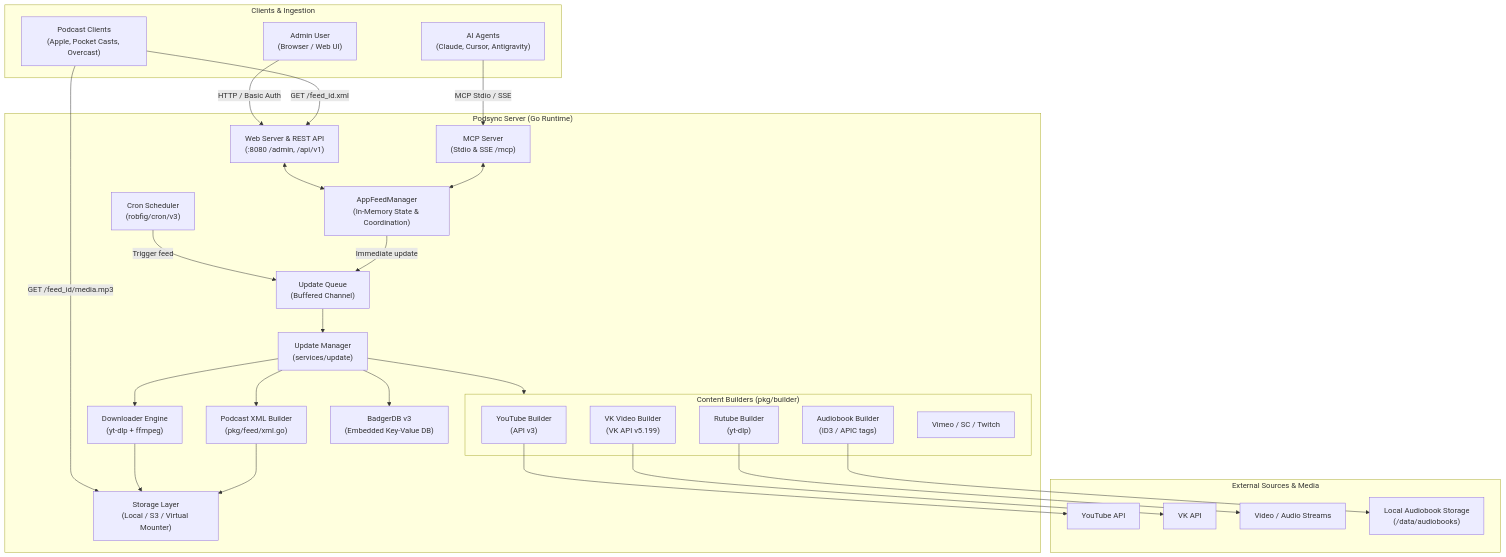
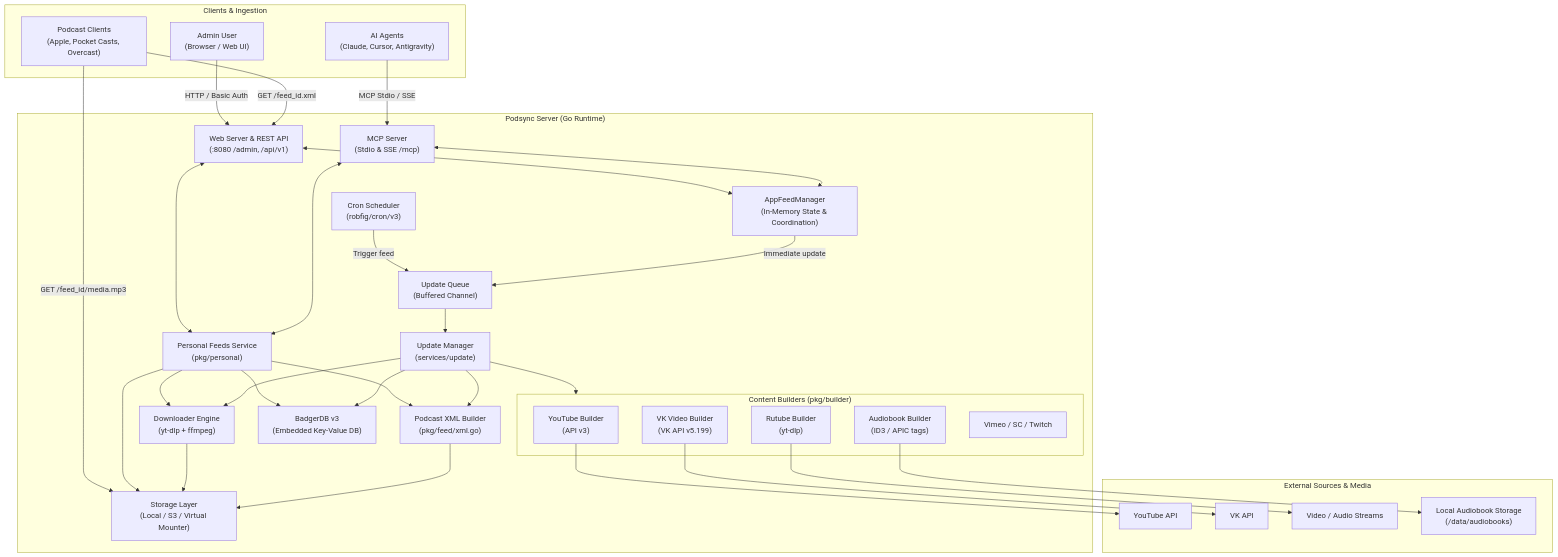
Before and after one commit to tatarinovms/podsync: the first of 2 diagrams in ARCHITECTURE.md, drawn with Mermaid. The commit also changed other lines of this file and 10 other files, not shown here.

Commit message:
docs: update system specifications, architecture, and guides for universal personal feeds and 27 MCP tools

````diff
--- a/ARCHITECTURE.md
+++ b/ARCHITECTURE.md
@@ -11,60 +11,67 @@
 ```mermaid
 flowchart TD
     subgraph Clients["Clients & Ingestion"]
         PApps["Podcast Clients\n(Apple, Pocket Casts, Overcast)"]
         AdminUser["Admin User\n(Browser / Web UI)"]
         AIAgents["AI Agents\n(Claude, Cursor, Antigravity)"]
     end
 
     subgraph Service["Podsync Server (Go Runtime)"]
         WebServer["Web Server & REST API\n(:8080 /admin, /api/v1)"]
         MCPServer["MCP Server\n(Stdio & SSE /mcp)"]
+        PersonalService["Personal Feeds Service\n(pkg/personal)"]
         FeedMgr["AppFeedManager\n(In-Memory State & Coordination)"]
         CronSched["Cron Scheduler\n(robfig/cron/v3)"]
         UpdateQueue["Update Queue\n(Buffered Channel)"]
         UpdateMgr["Update Manager\n(services/update)"]
         
         subgraph Builders["Content Builders (pkg/builder)"]
             YTBuilder["YouTube Builder\n(API v3)"]
             VKBuilder["VK Video Builder\n(VK API v5.199)"]
             RUBuilder["Rutube Builder\n(yt-dlp)"]
             ABBuilder["Audiobook Builder\n(ID3 / APIC tags)"]
             OtherBuilders["Vimeo / SC / Twitch"]
         end
         
         YTDLP["Downloader Engine\n(yt-dlp + ffmpeg)"]
         XMLGen["Podcast XML Builder\n(pkg/feed/xml.go)"]
         BadgerDB["BadgerDB v3\n(Embedded Key-Value DB)"]
         Storage["Storage Layer\n(Local / S3 / Virtual Mounter)"]
     end
 
     subgraph ExternalSources["External Sources & Media"]
         YTAPI["YouTube API"]
         VKAPI["VK API"]
         WebMedia["Video / Audio Streams"]
         LocalBooks["Local Audiobook Storage\n(/data/audiobooks)"]
     end
 
     AdminUser -->|HTTP / Basic Auth| WebServer
     AIAgents -->|MCP Stdio / SSE| MCPServer
     PApps -->|GET /feed_id.xml| WebServer
     PApps -->|GET /feed_id/media.mp3| Storage
 
     WebServer <--> FeedMgr
     MCPServer <--> FeedMgr
+    WebServer <--> PersonalService
+    MCPServer <--> PersonalService
+    PersonalService --> BadgerDB
+    PersonalService --> Storage
+    PersonalService --> YTDLP
+    PersonalService --> XMLGen
     CronSched -->|Trigger feed| UpdateQueue
     FeedMgr -->|Immediate update| UpdateQueue
     UpdateQueue --> UpdateMgr
 
     UpdateMgr --> Builders
     YTBuilder --> YTAPI
     VKBuilder --> VKAPI
     RUBuilder --> WebMedia
     ABBuilder --> LocalBooks
     
     UpdateMgr --> YTDLP
     YTDLP --> Storage
     UpdateMgr --> BadgerDB
     UpdateMgr --> XMLGen
     XMLGen --> Storage
 ```
````
